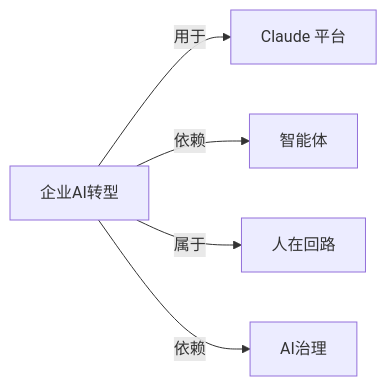
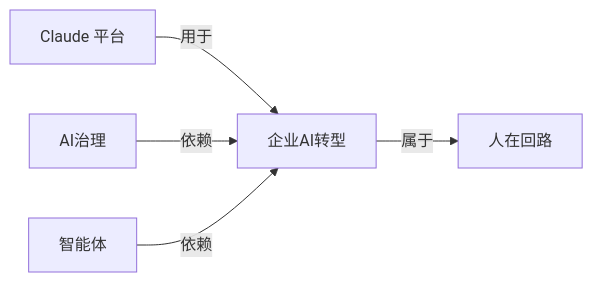
The diagram in wiki/企业AI转型.md (yibie/claude-best-practices-zh), drawn with Mermaid before and after one commit. The commit also changed other lines of this file and 407 other files, not shown here.

Commit message:
feat: DeepSeek 三遍审校（译文/关系/图谱）+ 可部署静态站点

````diff
--- a/wiki/企业AI转型.md
+++ b/wiki/企业AI转型.md
@@ -47,8 +48,8 @@
 ```mermaid
 graph LR
   C["企业AI转型"]
-  C -->|用于| N0["Claude 平台"]
-  C -->|依赖| N1["智能体"]
+  N0["Claude 平台"] -->|用于| C
+  N1["AI治理"] -->|依赖| C
   C -->|属于| N2["人在回路"]
-  C -->|依赖| N3["AI治理"]
+  N3["智能体"] -->|依赖| C
 ```
````
